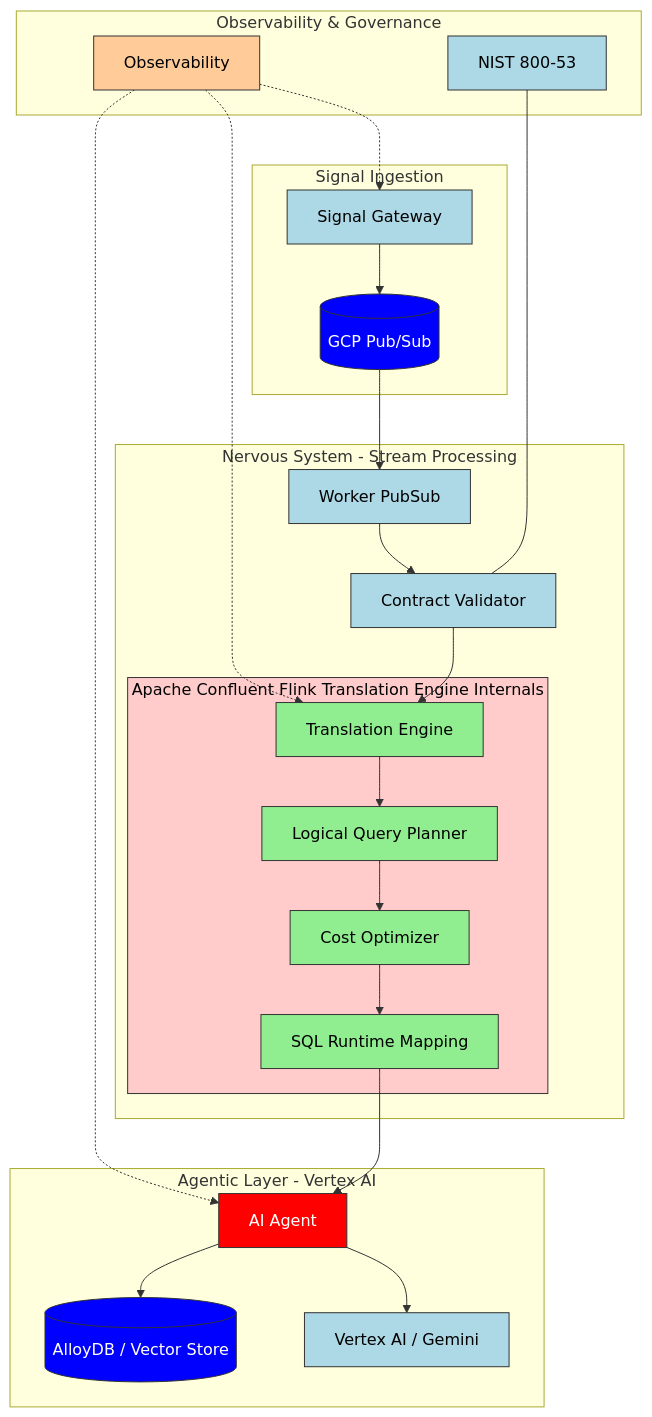
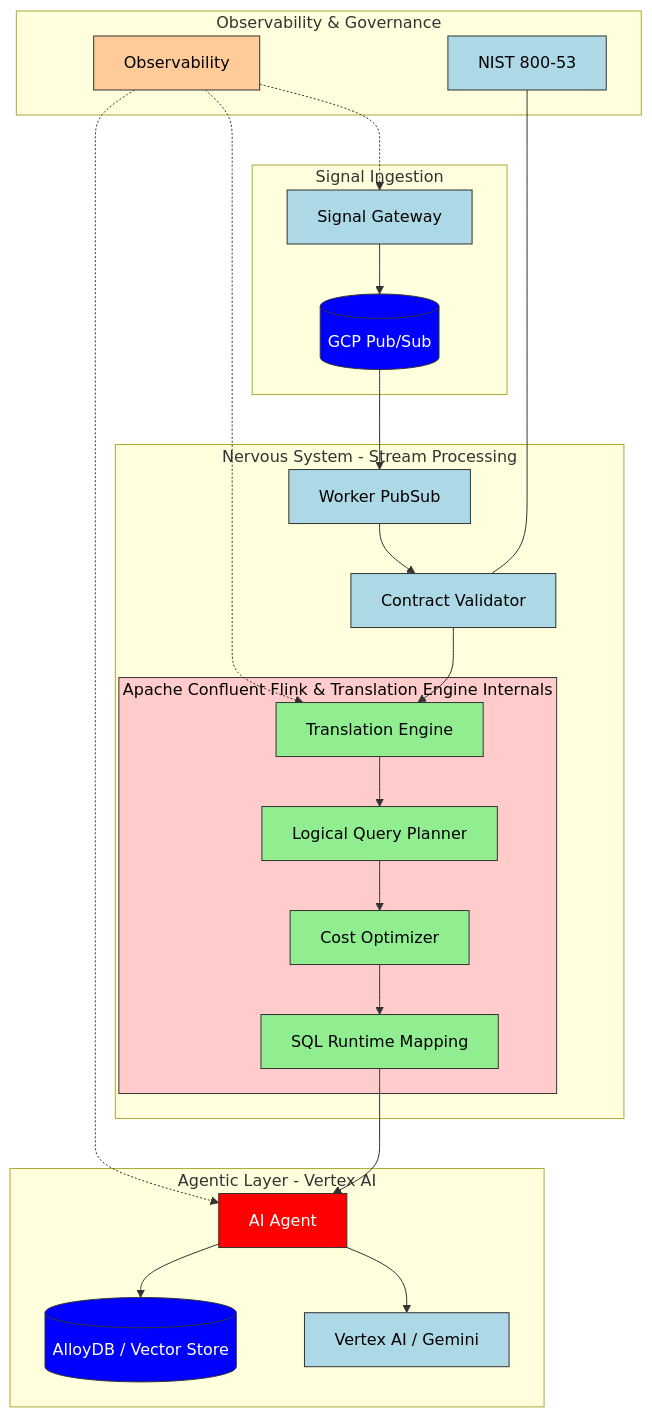
Before and after one commit to siralfbaez/mia-agentic-data-nervous-system-kfg-v3: the diagram in README.md, drawn with Mermaid.

Commit message:
Quick architectural correction

````diff
--- a/README.md
+++ b/README.md
@@ -11,54 +11,55 @@
 ```mermaid
 graph TD
     subgraph SI [Signal Ingestion]
         SG[Signal Gateway] --> PS[(GCP Pub/Sub)]
     end
 
     subgraph NS [Nervous System - Stream Processing]
         PS --> WP[Worker PubSub]
         WP --> CV[Contract Validator]
         CV --> TE[Translation Engine]
         
-        subgraph FTI [Apache Confluent Flink Translation Engine Internals]
+        subgraph FTI [Apache Confluent Flink & Translation Engine Internals]
+
             TE --> Planner[Logical Query Planner]
             Planner --> Optimizer[Cost Optimizer]
             Optimizer --> Runtime[SQL Runtime Mapping]
         end
     end
 
     subgraph AL [Agentic Layer - Vertex AI]
         Runtime --> AA[AI Agent]
         AA --> VAI[Vertex AI / Gemini]
         AA --> ADB[(AlloyDB / Vector Store)]
     end
 
     subgraph OG [Observability & Governance]
         Obs[Observability] -.-> SG
         Obs -.-> TE
         Obs -.-> AA
         Compliance[NIST 800-53] --- CV
     end
 
     %% Styles with Black Font Force (color:#000)
     style SG fill:#add8e6,stroke:#333,color:#000
     style WP fill:#add8e6,stroke:#333,color:#000
     style CV fill:#add8e6,stroke:#333,color:#000
     style VAI fill:#add8e6,stroke:#333,color:#000
     style Compliance fill:#add8e6,stroke:#333,color:#000
     
     style Obs fill:#ffcc99,stroke:#333,color:#000
     
     style TE fill:#90ee90,stroke:#333,color:#000
     style Planner fill:#90ee90,stroke:#333,color:#000
     style Optimizer fill:#90ee90,stroke:#333,color:#000
     style Runtime fill:#90ee90,stroke:#333,color:#000
     
     %% Kept white font for high-contrast nodes
     style AA fill:#ff0000,stroke:#333,color:#fff
     style PS fill:#0000ff,stroke:#333,color:#fff
     style ADB fill:#0000ff,stroke:#333,color:#fff
 
     %% Subgraph Styling
     style FTI fill:#ffcccb,stroke:#333,color:#000
     
 ```
````
